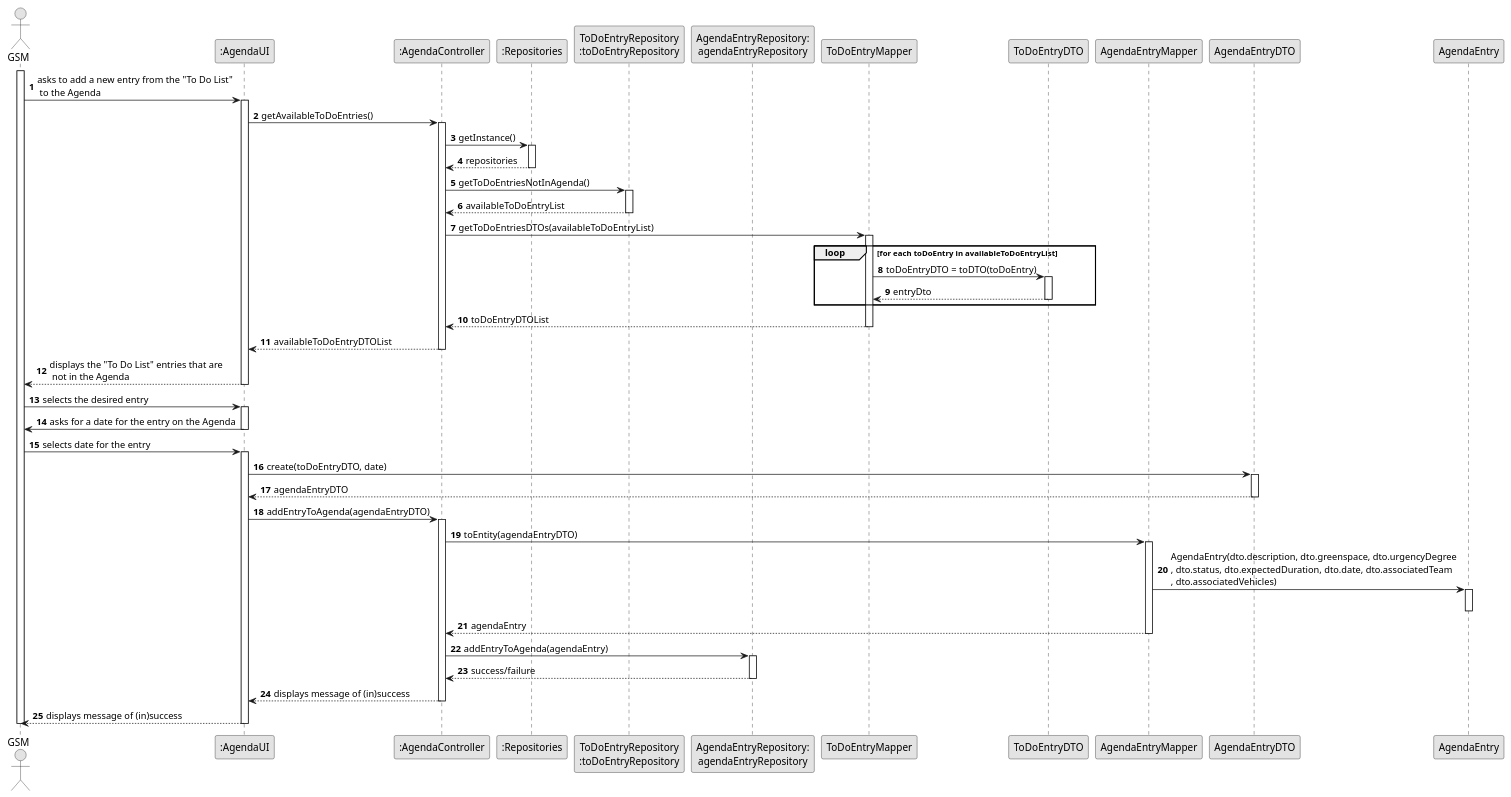
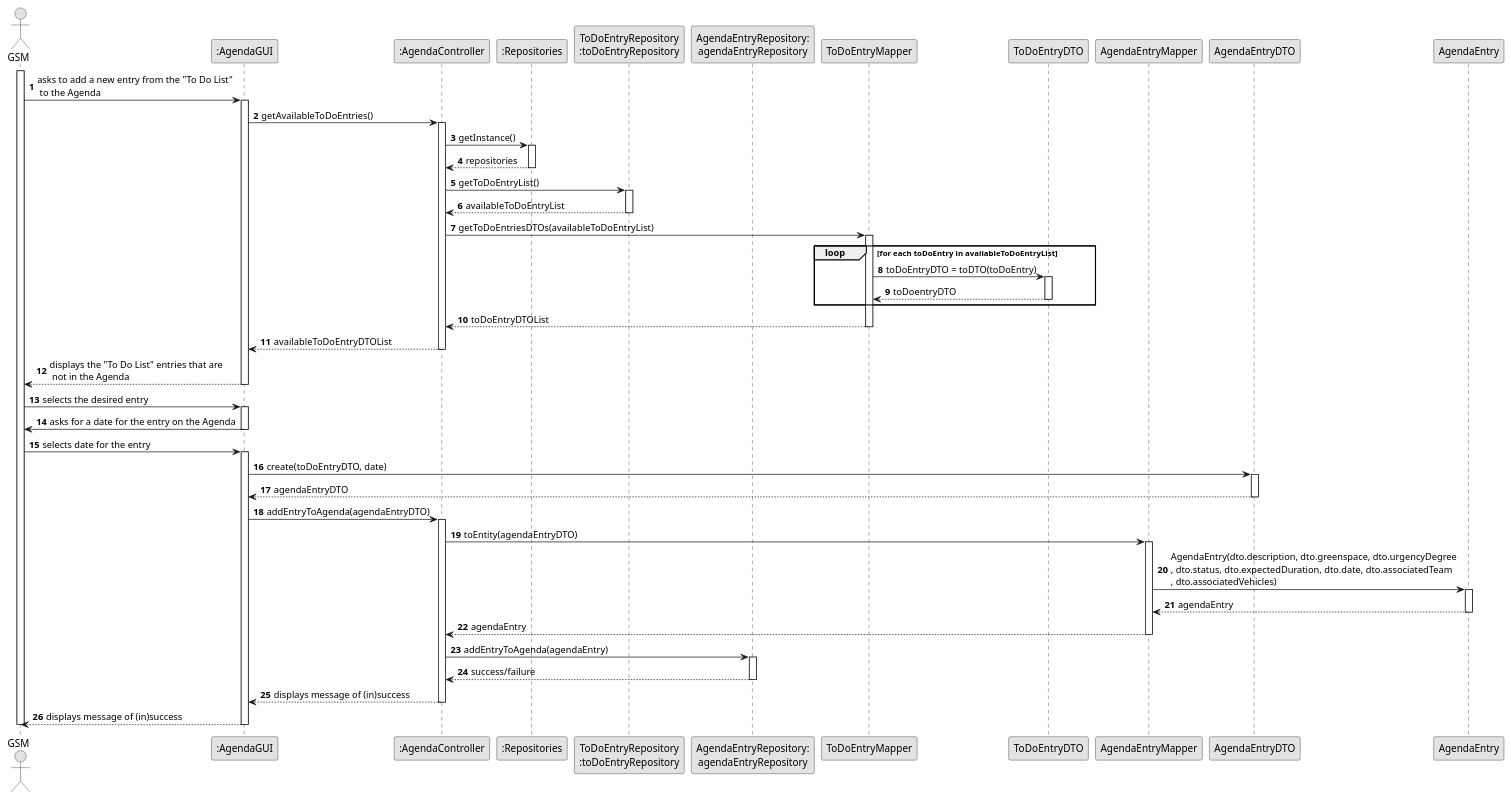
One commit to Departamento-de-Engenharia-Informatica/lei-24-s2-1do-g164 changed the diagram in docs/sprintC/us022/03.design/puml/us022-sequence-diagram-full.puml. Above: the diagram before and after it, drawn with PlantUML. The commit also changed 17 other files, not shown here.

Commit message:
US022 and US024 (docs): final adjustments in accord to the developed implementaton class diagram and sequence diagram from design slightly changed

```diff
--- a/docs/sprintC/us022/03.design/puml/us022-sequence-diagram-full.puml
+++ b/docs/sprintC/us022/03.design/puml/us022-sequence-diagram-full.puml
@@ -1,97 +1,98 @@
 @startuml
 skinparam monochrome true
 skinparam packageStyle rectangle
 skinparam shadowing false
 
 autonumber
 
 actor "GSM" as Employee
-participant ":AgendaUI" as UI
+participant ":AgendaGUI" as UI
 participant ":AgendaController" as CTRL
 participant ":Repositories" as RepositorySingleton
 participant "ToDoEntryRepository\n:toDoEntryRepository" as TaskRepo
 participant "AgendaEntryRepository:\nagendaEntryRepository"
 participant "ToDoEntryMapper"
 participant "ToDoEntryDTO"
 participant "AgendaEntryMapper"
 
 activate Employee
 
     Employee -> UI : asks to add a new entry from the "To Do List"\n to the Agenda
     activate UI
 
         UI -> CTRL : getAvailableToDoEntries()
         activate CTRL
 
             CTRL -> RepositorySingleton : getInstance()
             activate RepositorySingleton
 
                 RepositorySingleton --> CTRL: repositories
             deactivate RepositorySingleton
 
-            CTRL -> TaskRepo : getToDoEntriesNotInAgenda()
+            CTRL -> TaskRepo : getToDoEntryList()
             activate TaskRepo
 
                 TaskRepo --> CTRL : availableToDoEntryList
             deactivate TaskRepo
 
             CTRL -> "ToDoEntryMapper" : getToDoEntriesDTOs(availableToDoEntryList)
             activate "ToDoEntryMapper"
 
             loop for each toDoEntry in availableToDoEntryList
                 ToDoEntryMapper -> ToDoEntryDTO: toDoEntryDTO = toDTO(toDoEntry)
                 activate ToDoEntryDTO
-                ToDoEntryDTO --> ToDoEntryMapper: entryDto
+                ToDoEntryDTO --> ToDoEntryMapper: toDoentryDTO
                 deactivate ToDoEntryDTO
             end
 
             ToDoEntryMapper --> CTRL: toDoEntryDTOList
             deactivate ToDoEntryMapper
 
             CTRL --> UI : availableToDoEntryDTOList
         deactivate CTRL
 
         UI --> Employee : displays the "To Do List" entries that are\n not in the Agenda
     deactivate UI
 
     Employee -> UI : selects the desired entry
     activate UI
 
         UI -> Employee : asks for a date for the entry on the Agenda
     deactivate UI
 
     Employee -> UI : selects date for the entry
     activate UI
 
         UI -> AgendaEntryDTO : create(toDoEntryDTO, date)
         activate AgendaEntryDTO
         UI <-- AgendaEntryDTO : agendaEntryDTO
         deactivate AgendaEntryDTO
 
         UI -> CTRL : addEntryToAgenda(agendaEntryDTO)
         activate CTRL
 
             CTRL -> "AgendaEntryMapper" :toEntity(agendaEntryDTO)
             activate "AgendaEntryMapper"
 
                 AgendaEntryMapper -> AgendaEntry : AgendaEntry(dto.description, dto.greenspace, dto.urgencyDegree\n, dto.status, dto.expectedDuration, dto.date, dto.associatedTeam\n, dto.associatedVehicles)
                 activate AgendaEntry
+                AgendaEntry --> AgendaEntryMapper : agendaEntry
                 deactivate AgendaEntry
                 AgendaEntryMapper --> CTRL : agendaEntry
             deactivate "AgendaEntryMapper"
 
             CTRL -> "AgendaEntryRepository:\nagendaEntryRepository" : addEntryToAgenda(agendaEntry)
             activate "AgendaEntryRepository:\nagendaEntryRepository"
 
                 "AgendaEntryRepository:\nagendaEntryRepository" --> CTRL : success/failure
             deactivate "AgendaEntryRepository:\nagendaEntryRepository"
 
             CTRL --> UI : displays message of (in)success
         deactivate CTRL
 
         UI --> Employee : displays message of (in)success
     deactivate UI
 
 deactivate Employee
 
 @enduml
```
